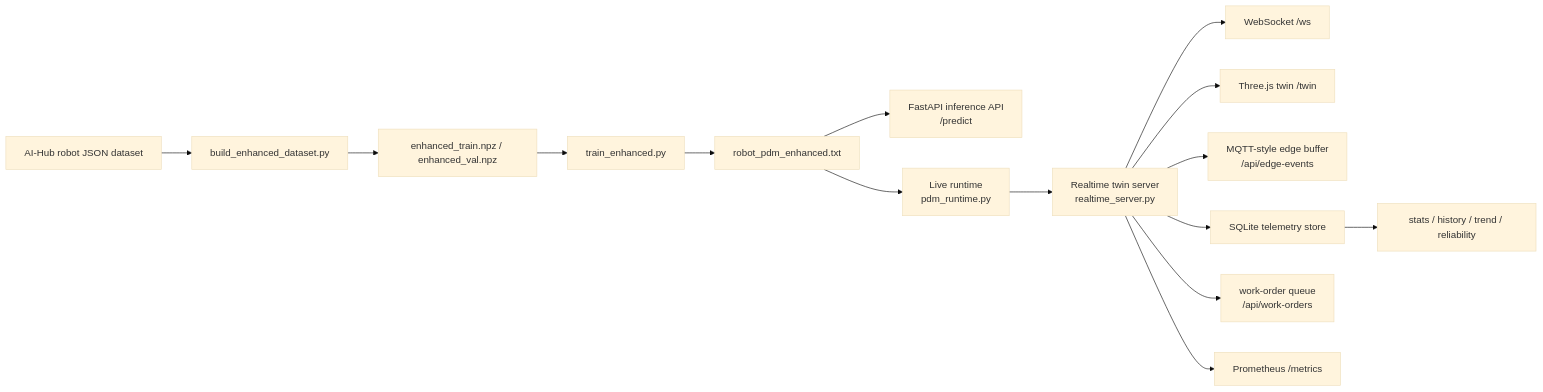
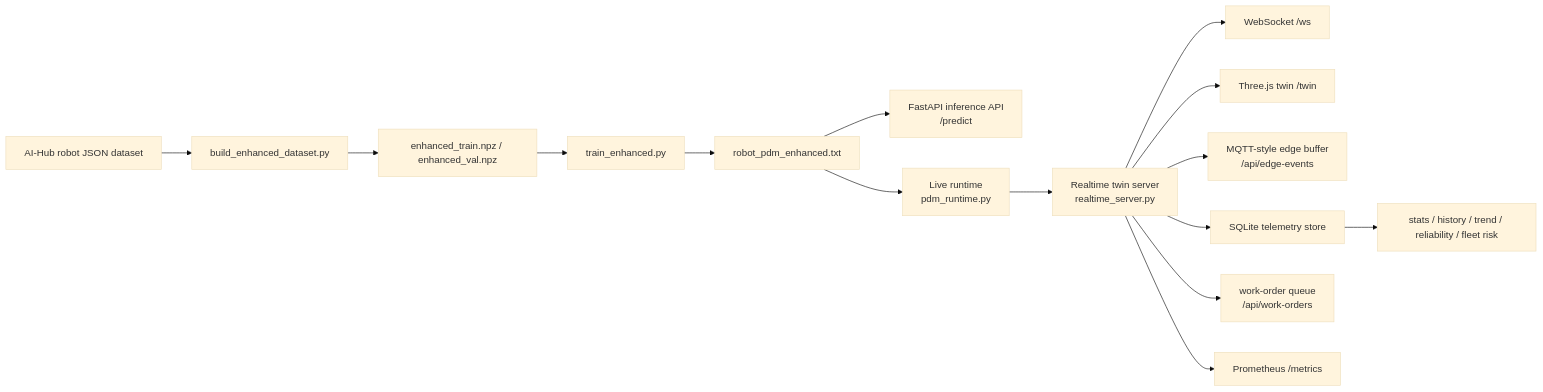
One commit to JuHyeon-Nam/ServiceRobot_AI changed the diagram in README.md. Above: the diagram before and after it, drawn with Mermaid (base theme). The commit also changed other lines of this file and 5 other files, not shown here.

Commit message:
feat(ops): add fleet risk summary

````diff
--- a/README.md
+++ b/README.md
@@ -65,17 +65,17 @@
 ```mermaid
 flowchart LR
     raw["AI-Hub robot JSON dataset"] --> build["build_enhanced_dataset.py"]
     build --> trainset["enhanced_train.npz / enhanced_val.npz"]
     trainset --> train["train_enhanced.py"]
     train --> model["robot_pdm_enhanced.txt"]
     model --> api["FastAPI inference API<br/>/predict"]
     model --> runtime["Live runtime<br/>pdm_runtime.py"]
     runtime --> twin["Realtime twin server<br/>realtime_server.py"]
     twin --> ws["WebSocket /ws"]
     twin --> ui["Three.js twin /twin"]
     twin --> edge["MQTT-style edge buffer<br/>/api/edge-events"]
     twin --> store["SQLite telemetry store"]
-    store --> ops["stats / history / trend / reliability"]
+    store --> ops["stats / history / trend / reliability / fleet risk"]
     twin --> work["work-order queue<br/>/api/work-orders"]
     twin --> metrics["Prometheus /metrics"]
 ```
````
